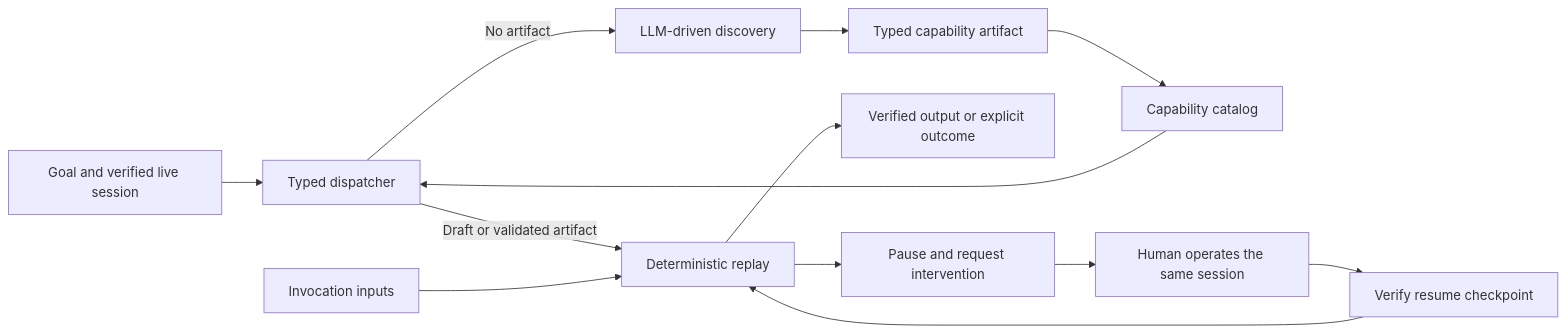
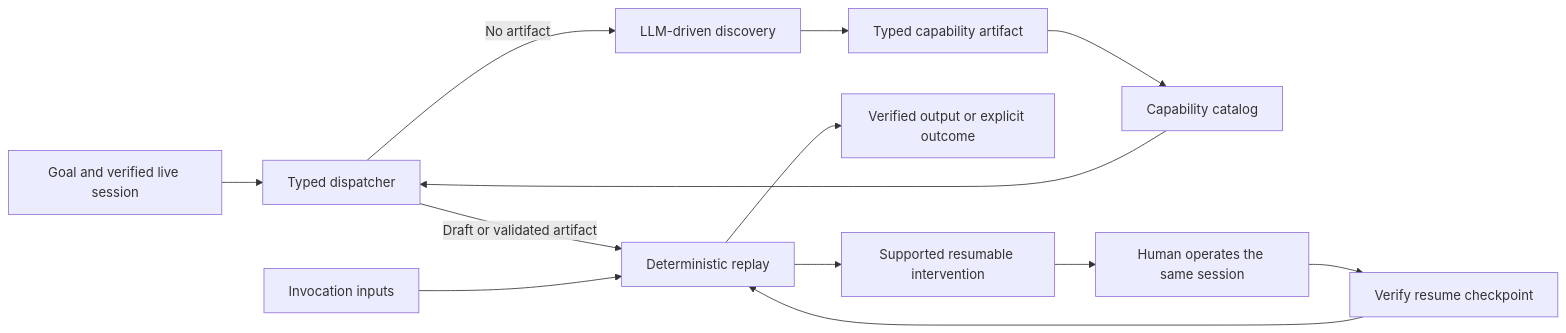
The diagram in README.md (bchauu/computer-use-discovery-replay), drawn with Mermaid before and after one commit. The commit also changed other lines of this file and 39 other files, not shown here.

````diff
--- a/README.md
+++ b/README.md
@@ -15,15 +15,15 @@
 ```mermaid
 flowchart LR
     Goal[Goal and verified live session] --> Dispatch[Typed dispatcher]
     Catalog[Capability catalog] --> Dispatch
     Dispatch -->|No artifact| Discovery[LLM-driven discovery]
     Discovery --> Artifact[Typed capability artifact]
     Artifact --> Catalog
     Dispatch -->|Draft or validated artifact| Replay[Deterministic replay]
     Inputs[Invocation inputs] --> Replay
     Replay --> Result[Verified output or explicit outcome]
-    Replay --> Intervention[Pause and request intervention]
+    Replay --> Intervention[Supported resumable intervention]
     Intervention --> Human[Human operates the same session]
     Human --> Check[Verify resume checkpoint]
     Check --> Replay
 ```
````
